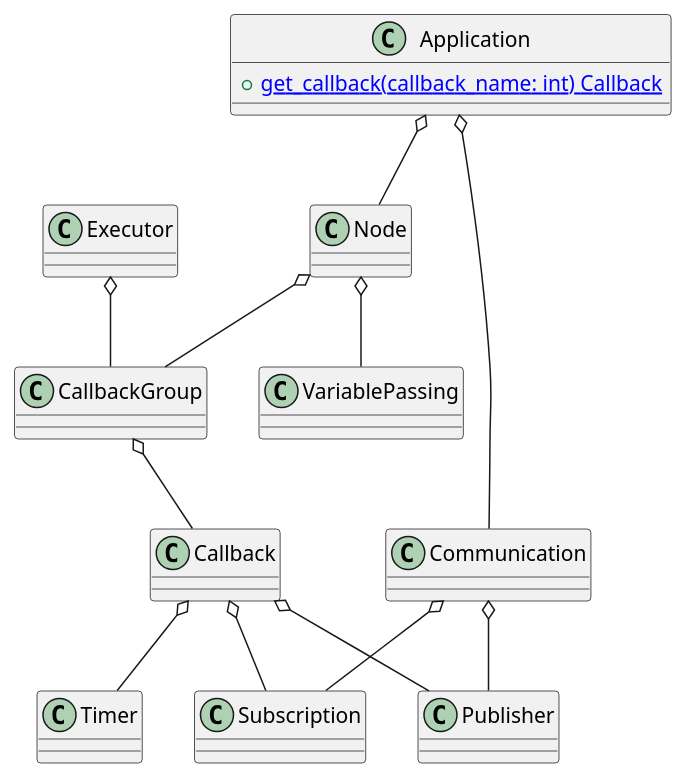
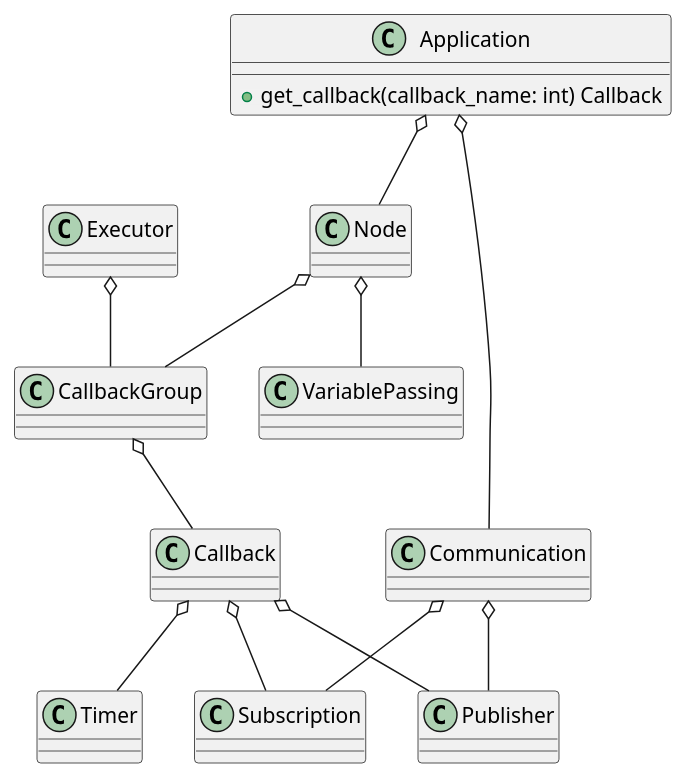
The diagram in docs/design/class_structure.md (tier4/caret_doc), drawn with PlantUML before and after one commit.

Commit message:
modify hyper link

````diff
--- a/docs/design/class_structure.md
+++ b/docs/design/class_structure.md
@@ -1,26 +1,26 @@
 ```plantuml
 class Application {
-	+ [[https://tier4.github.io/CARET_analyze/latest/runtime/#caret_analyze.runtime.application.Application.get_callback get_callback(callback_name: int) Callback]]
+    + get_callback(callback_name: int) Callback [[[https://tier4.github.io/CARET_analyze/latest/runtime/#caret_analyze.runtime.application.Application.get_callback]]]
 }
 class Callback
 class Node
 class Publisher
 class Subscription
 class Executor
 class Timer
 class CallbackGroup
 class VariablePassing
 class Communication
 
 Application o-- Node
 Application o-- Communication
 Communication o-- Publisher
 Communication o-- Subscription
 Node o-- CallbackGroup
 Node o-- VariablePassing
 CallbackGroup o-- Callback
 Callback o-- Publisher
 Callback o-- Timer
 Callback o-- Subscription
 Executor o-- CallbackGroup
 ```
````
